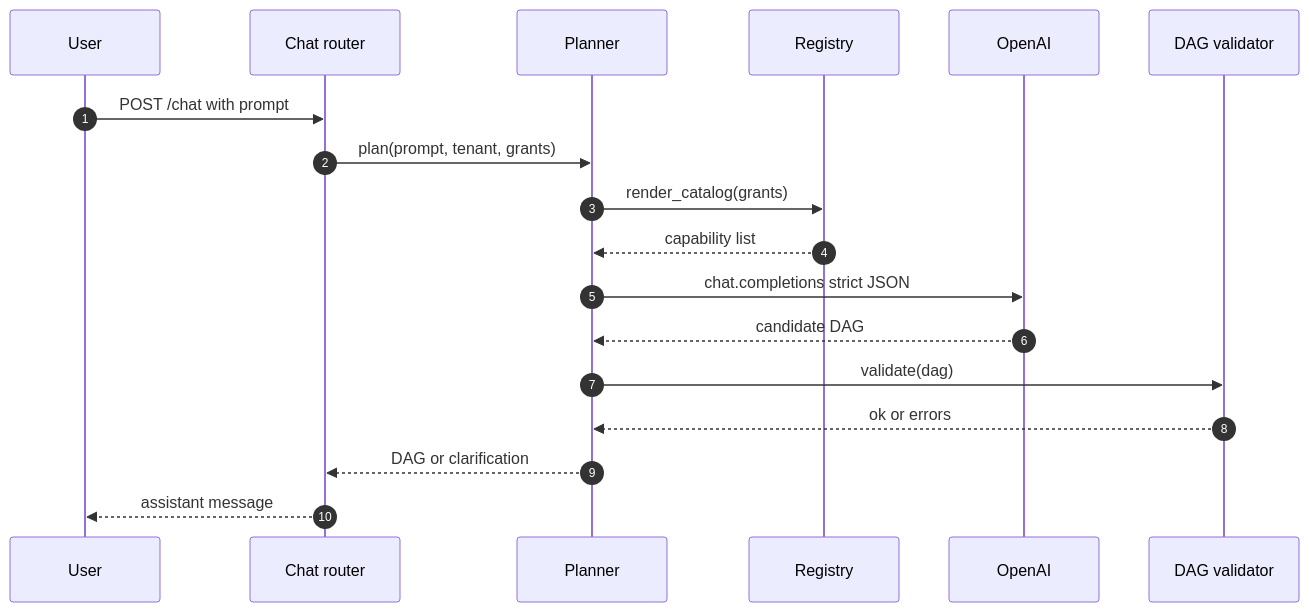
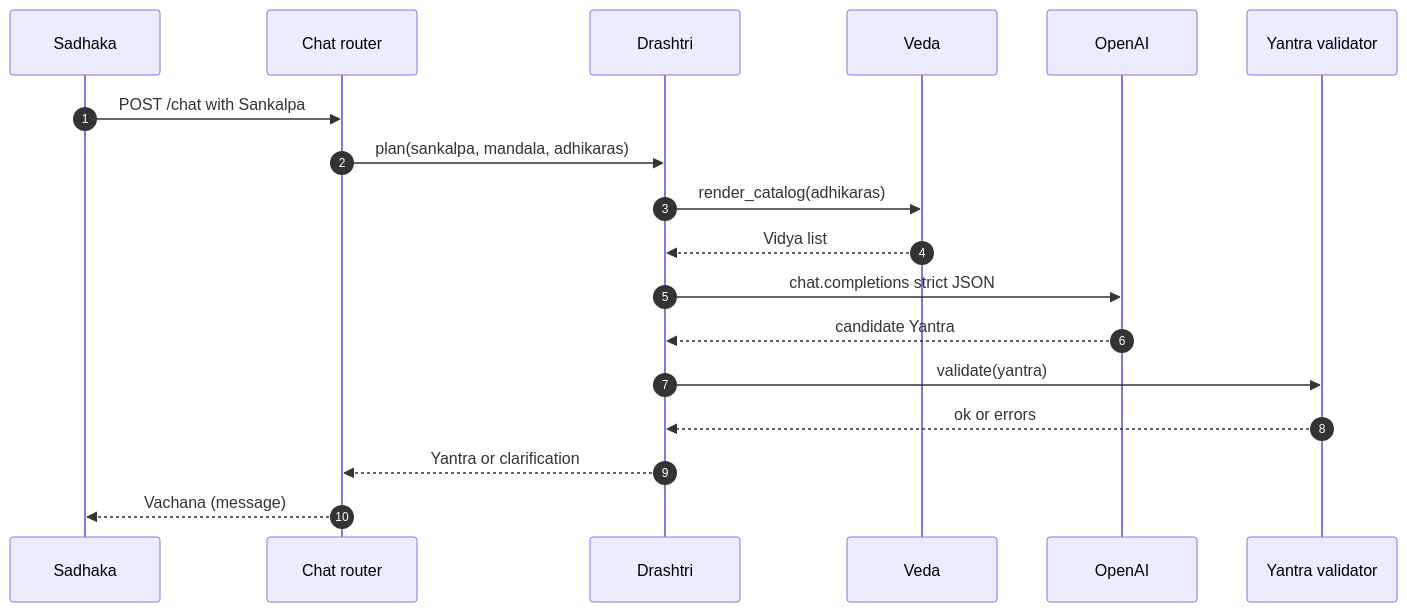
One commit to so-weak/Aakaar changed the first of 12 diagrams in documentation/src/02-LLD.md. Above: the diagram before and after it, drawn with Mermaid. The commit also changed other lines of this file and 56 other files, not shown here.

````diff
--- a/documentation/src/02-LLD.md
+++ b/documentation/src/02-LLD.md
@@ -70,21 +69,21 @@
 ```mermaid
 sequenceDiagram
   autonumber
-  participant U as User
+  participant U as Sadhaka
   participant API as Chat router
-  participant P as Planner
-  participant R as Registry
+  participant P as Drashtri
+  participant R as Veda
   participant L as OpenAI
-  participant V as DAG validator
+  participant V as Yantra validator
 
-  U->>API: POST /chat with prompt
-  API->>P: plan(prompt, tenant, grants)
-  P->>R: render_catalog(grants)
-  R-->>P: capability list
+  U->>API: POST /chat with Sankalpa
+  API->>P: plan(sankalpa, mandala, adhikaras)
+  P->>R: render_catalog(adhikaras)
+  R-->>P: Vidya list
   P->>L: chat.completions strict JSON
-  L-->>P: candidate DAG
-  P->>V: validate(dag)
+  L-->>P: candidate Yantra
+  P->>V: validate(yantra)
   V-->>P: ok or errors
-  P-->>API: DAG or clarification
-  API-->>U: assistant message
+  P-->>API: Yantra or clarification
+  API-->>U: Vachana (message)
 ```
````
